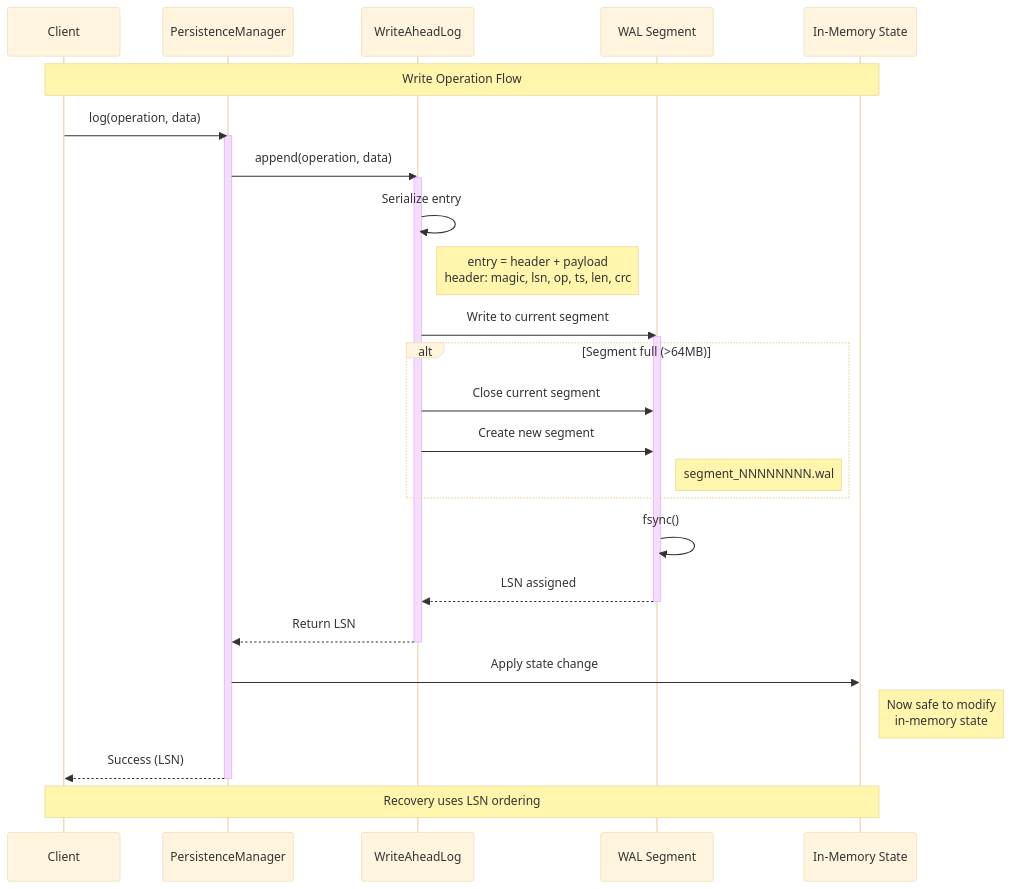
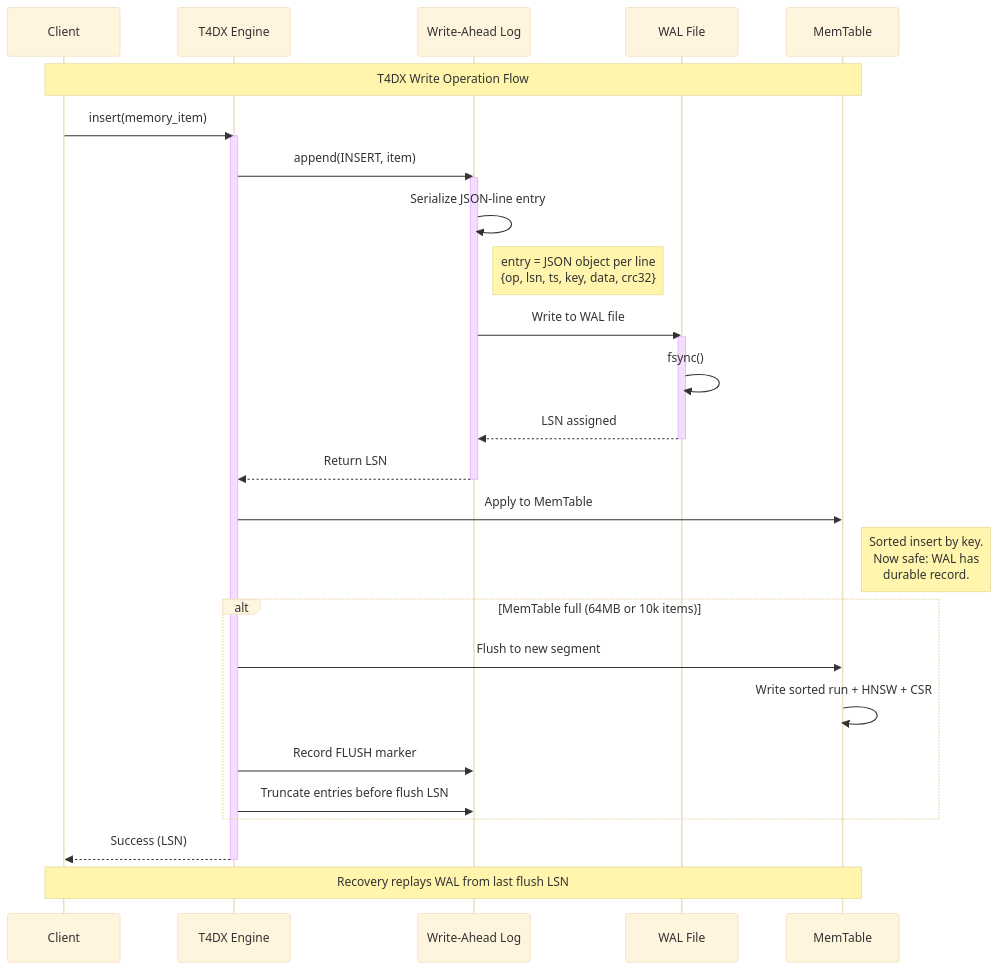
One commit to astoreyai/t4d changed the diagram in docs/diagrams/wal_flow.mmd. Above: the diagram before and after it, drawn with Mermaid. The commit also changed 31 other files, not shown here.

```diff
--- a/docs/diagrams/wal_flow.mmd
+++ b/docs/diagrams/wal_flow.mmd
@@ -1,43 +1,44 @@
 %%{init: {'theme': 'base'}}%%
 
 sequenceDiagram
     participant Client
-    participant PM as PersistenceManager
-    participant WAL as WriteAheadLog
-    participant Seg as WAL Segment
-    participant State as In-Memory State
+    participant ENGINE as T4DX Engine
+    participant WAL as Write-Ahead Log
+    participant Seg as WAL File
+    participant MT as MemTable
 
-    Note over Client,State: Write Operation Flow
+    Note over Client,MT: T4DX Write Operation Flow
 
-    Client->>PM: log(operation, data)
-    activate PM
+    Client->>ENGINE: insert(memory_item)
+    activate ENGINE
 
-    PM->>WAL: append(operation, data)
+    ENGINE->>WAL: append(INSERT, item)
     activate WAL
 
-    WAL->>WAL: Serialize entry
-    Note right of WAL: entry = header + payload<br/>header: magic, lsn, op, ts, len, crc
+    WAL->>WAL: Serialize JSON-line entry
+    Note right of WAL: entry = JSON object per line<br/>{op, lsn, ts, key, data, crc32}
 
-    WAL->>Seg: Write to current segment
+    WAL->>Seg: Write to WAL file
     activate Seg
-
-    alt Segment full (>64MB)
-        WAL->>Seg: Close current segment
-        WAL->>Seg: Create new segment
-        Note right of Seg: segment_NNNNNNNN.wal
-    end
 
     Seg->>Seg: fsync()
     Seg-->>WAL: LSN assigned
     deactivate Seg
 
-    WAL-->>PM: Return LSN
+    WAL-->>ENGINE: Return LSN
     deactivate WAL
 
-    PM->>State: Apply state change
-    Note right of State: Now safe to modify<br/>in-memory state
+    ENGINE->>MT: Apply to MemTable
+    Note right of MT: Sorted insert by key.<br/>Now safe: WAL has<br/>durable record.
 
-    PM-->>Client: Success (LSN)
-    deactivate PM
+    alt MemTable full (64MB or 10k items)
+        ENGINE->>MT: Flush to new segment
+        MT->>MT: Write sorted run + HNSW + CSR
+        ENGINE->>WAL: Record FLUSH marker
+        ENGINE->>WAL: Truncate entries before flush LSN
+    end
 
-    Note over Client,State: Recovery uses LSN ordering
+    ENGINE-->>Client: Success (LSN)
+    deactivate ENGINE
+
+    Note over Client,MT: Recovery replays WAL from last flush LSN
```
